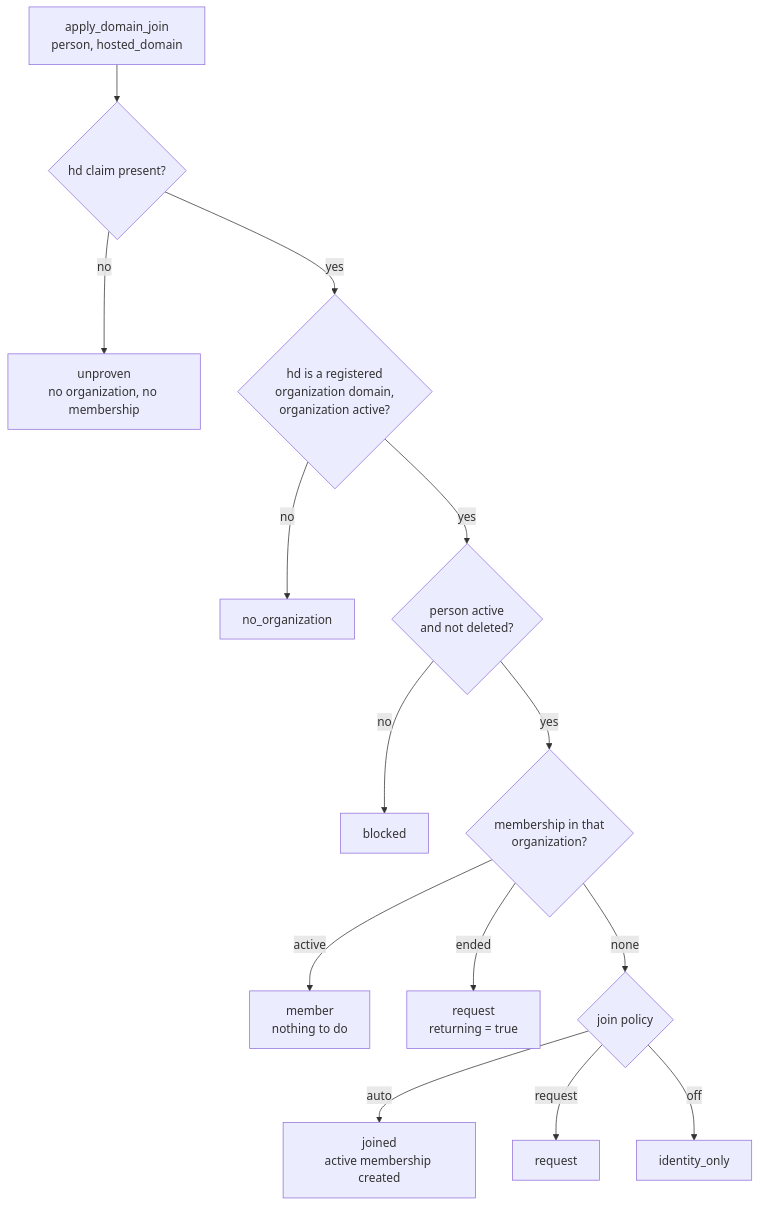
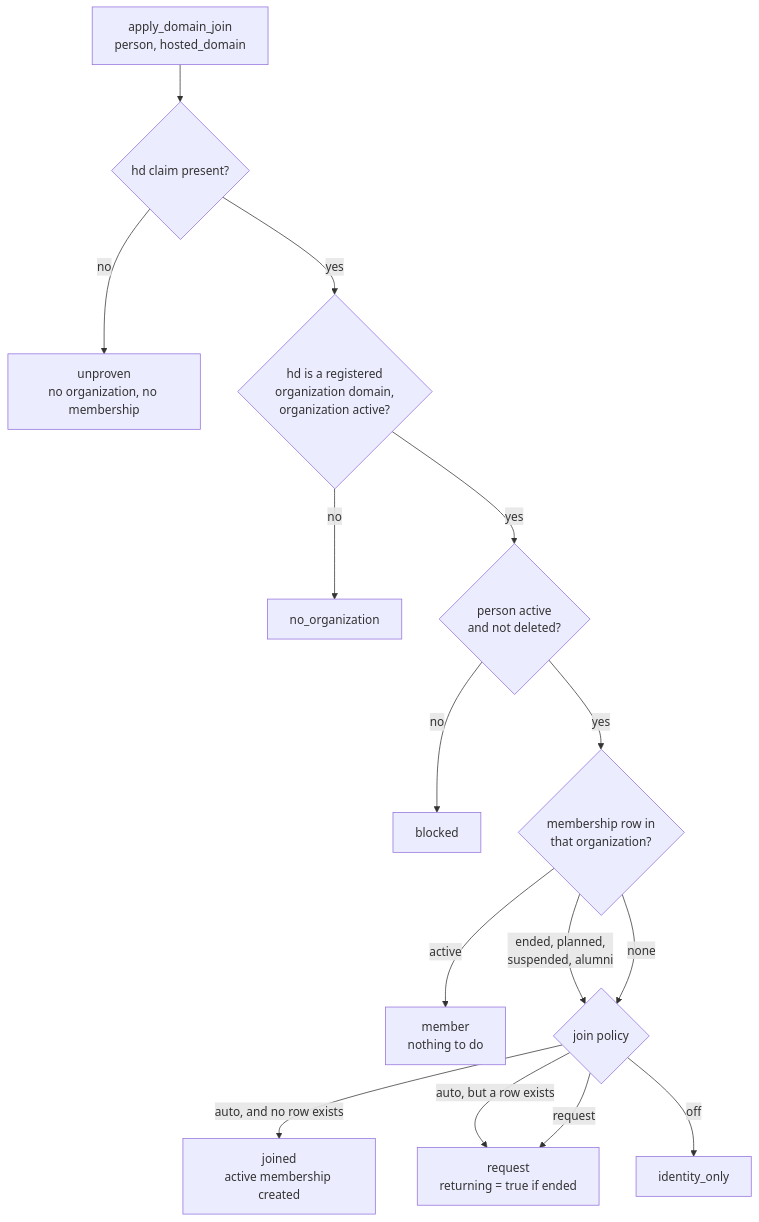
The first of 7 diagrams in docs/identity-flows.md (NORSTEC/intranet), drawn with Mermaid before and after one commit. The commit also changed other lines of this file and 10 other files, not shown here.

````diff
--- a/docs/identity-flows.md
+++ b/docs/identity-flows.md
@@ -18,16 +18,17 @@
 ```mermaid
 flowchart TD
     A["apply_domain_join<br/>person, hosted_domain"] --> B{"hd claim present?"}
     B -- "no" --> B1["unproven<br/>no organization, no membership"]
     B -- "yes" --> C{"hd is a registered<br/>organization domain,<br/>organization active?"}
     C -- "no" --> C1["no_organization"]
     C -- "yes" --> D{"person active<br/>and not deleted?"}
     D -- "no" --> D1["blocked"]
-    D -- "yes" --> E{"membership in that<br/>organization?"}
+    D -- "yes" --> E{"membership row in<br/>that organization?"}
     E -- "active" --> E1["member<br/>nothing to do"]
-    E -- "ended" --> F["request<br/>returning = true"]
+    E -- "ended, planned,<br/>suspended, alumni" --> G
     E -- "none" --> G{"join policy"}
-    G -- "auto" --> H["joined<br/>active membership created"]
-    G -- "request" --> I["request"]
+    G -- "auto, and no row exists" --> H["joined<br/>active membership created"]
+    G -- "auto, but a row exists" --> I
+    G -- "request" --> I["request<br/>returning = true if ended"]
     G -- "off" --> J["identity_only"]
 ```
````
